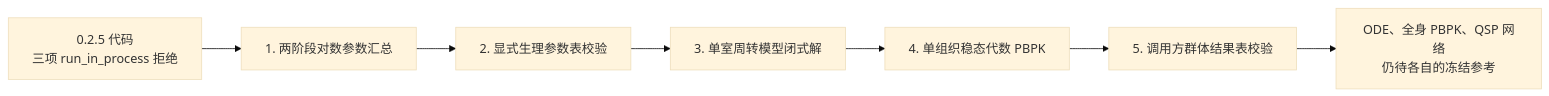
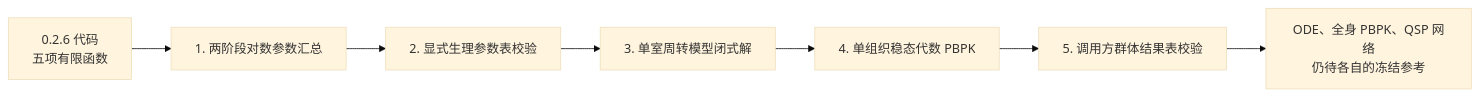
Before and after one commit to JianyunZhang/PharmacoWeave: the diagram in docs/phase4-population-pbpk-qsp.md, drawn with Mermaid (base theme). The commit also changed other lines of this file and 37 other files, not shown here.

````diff
--- a/docs/phase4-population-pbpk-qsp.md
+++ b/docs/phase4-population-pbpk-qsp.md
@@ -21,9 +21,9 @@
 ```mermaid
 flowchart LR
-    Now["0.2.5 代码<br/>三项 run_in_process 拒绝"] --> S1["1. 两阶段对数参数汇总"]
+    Now["0.2.6 代码<br/>五项有限函数"] --> S1["1. 两阶段对数参数汇总"]
     S1 --> S2["2. 显式生理参数表校验"]
     S2 --> S3["3. 单室周转模型闭式解"]
     S3 --> S4["4. 单组织稳态代数 PBPK"]
     S4 --> S5["5. 调用方群体结果表校验"]
     S5 --> Later["ODE、全身 PBPK、QSP 网络<br/>仍待各自的冻结参考"]
 ```
````
